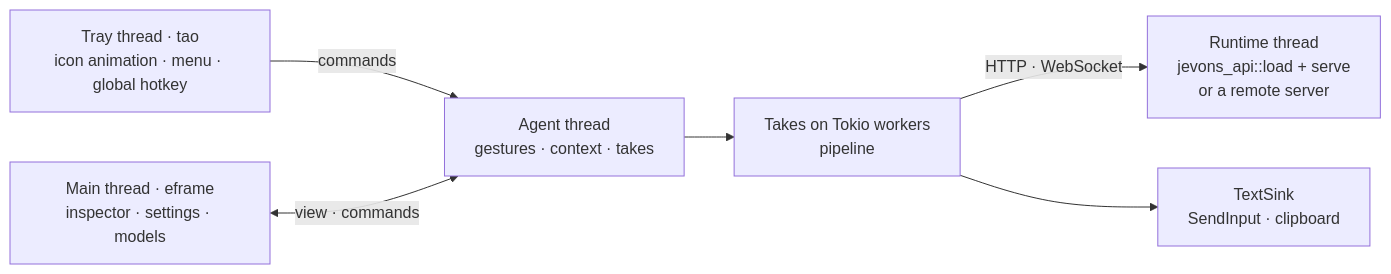
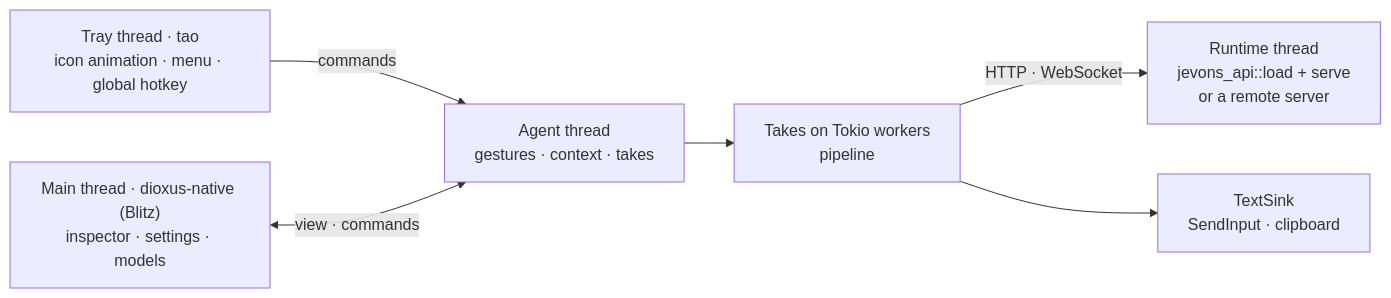
The second of 2 diagrams in crates/jevons-desktop/README.md (zojeda/jevons-rs), drawn with Mermaid before and after one commit. The commit also changed other lines of this file and 347 other files, not shown here.

Commit message:
jevons-desktop: dioxus-native (Blitz) window styled after Dioxus Components instead of egui; vendor stylo to fix derive_more clash

````diff
--- a/crates/jevons-desktop/README.md
+++ b/crates/jevons-desktop/README.md
@@ -79,8 +79,8 @@
 ```mermaid
 flowchart LR
     tray["Tray thread · tao<br/>icon animation · menu · global hotkey"] -- commands --> agent
-    window["Main thread · eframe<br/>inspector · settings · models"] <-- "view · commands" --> agent
+    window["Main thread · dioxus-native (Blitz)<br/>inspector · settings · models"] <-- "view · commands" --> agent
     agent["Agent thread<br/>gestures · context · takes"] --> takes["Takes on Tokio workers<br/>pipeline"]
     takes -- "HTTP · WebSocket" --> runtime["Runtime thread<br/>jevons_api::load + serve<br/>or a remote server"]
     takes --> sink["TextSink<br/>SendInput · clipboard"]
 ```
````
